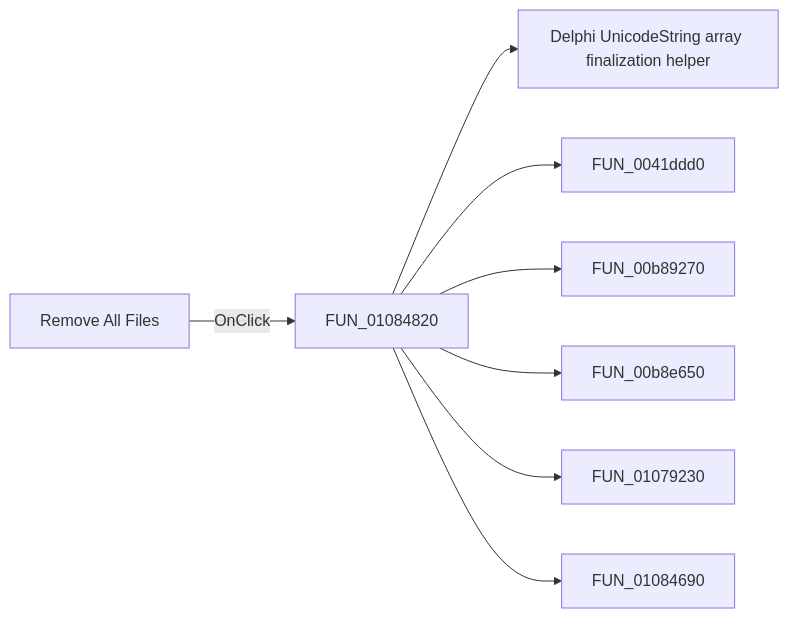
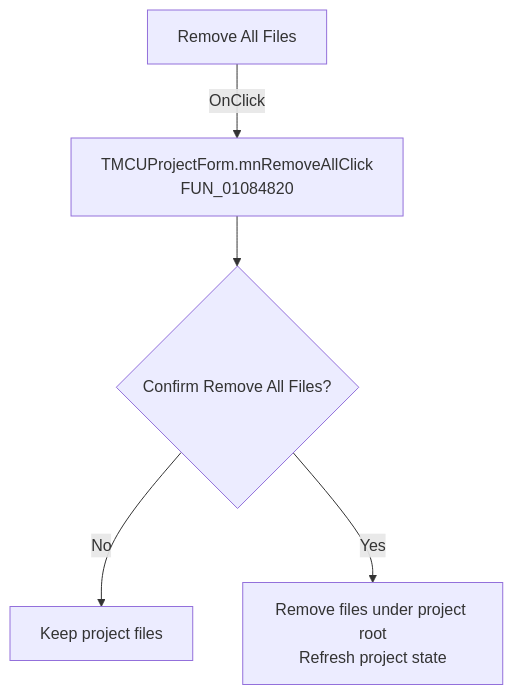
The diagram in docs/ui-controls/mcuprojectform/mnremoveall-916bf9aa57.md (MovGP0/TIARA), drawn with Mermaid before and after one commit. The commit also changed other lines of this file and 1062 other files, not shown here.

````diff
--- a/docs/ui-controls/mcuprojectform/mnremoveall-916bf9aa57.md
+++ b/docs/ui-controls/mcuprojectform/mnremoveall-916bf9aa57.md
@@ -27,10 +27,7 @@
 ```mermaid
-flowchart LR
-    control["Remove All Files"] -->|OnClick| handler["FUN_01084820"]
-    handler --> call1["Delphi UnicodeString array finalization helper"]
-    handler --> call2["FUN_0041ddd0"]
-    handler --> call3["FUN_00b89270"]
-    handler --> call4["FUN_00b8e650"]
-    handler --> call5["FUN_01079230"]
-    handler --> call6["FUN_01084690"]
+flowchart TD
+    control["Remove All Files"] -->|OnClick| handler["TMCUProjectForm.mnRemoveAllClick<br/>FUN_01084820"]
+    handler --> confirm{"Confirm Remove All Files?"}
+    confirm -->|No| noOp["Keep project files"]
+    confirm -->|Yes| remove["Remove files under project root<br/>Refresh project state"]
 ```
````
